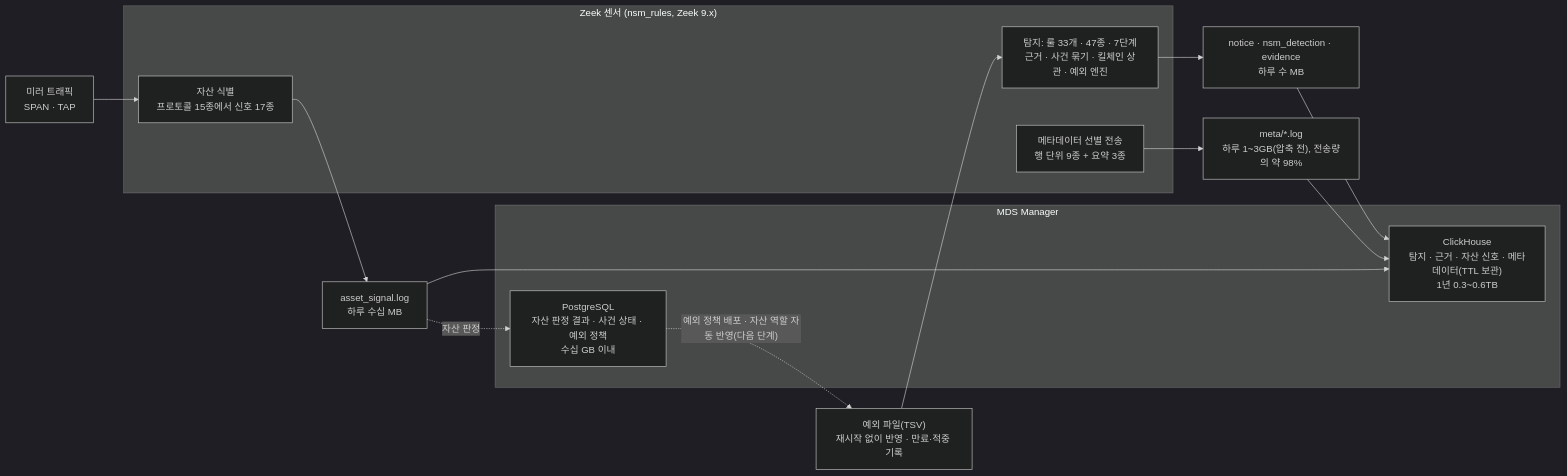
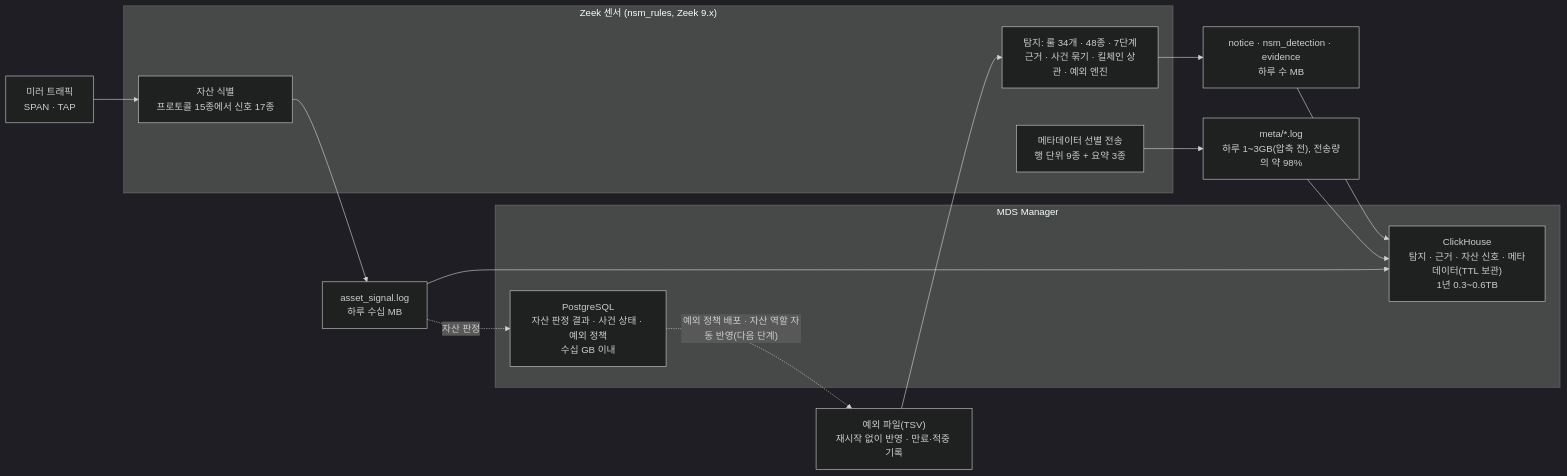
Before and after one commit to kwsjjang8901-ship-it/nsm: the diagram in docs/POC_RESULT.md, drawn with Mermaid (dark theme). The commit also changed other lines of this file and 17 other files, not shown here.

````diff
--- a/docs/POC_RESULT.md
+++ b/docs/POC_RESULT.md
@@ -23,22 +23,22 @@
 ```mermaid
 flowchart LR
     X["예외 파일(TSV)<br/>재시작 없이 반영 · 만료·적중 기록"] --> D
     T["미러 트래픽<br/>SPAN · TAP"] --> A
     subgraph S["Zeek 센서 (nsm_rules, Zeek 9.x)"]
-        D["탐지: 룰 33개 · 47종 · 7단계<br/>근거 · 사건 묶기 · 킬체인 상관 · 예외 엔진"]
+        D["탐지: 룰 34개 · 48종 · 7단계<br/>근거 · 사건 묶기 · 킬체인 상관 · 예외 엔진"]
         A["자산 식별<br/>프로토콜 15종에서 신호 17종"]
         M["메타데이터 선별 전송<br/>행 단위 9종 + 요약 3종"]
     end
     D --> LD["notice · nsm_detection · evidence<br/>하루 수 MB"]
     A --> LA["asset_signal.log<br/>하루 수십 MB"]
     M --> LM["meta/*.log<br/>하루 1~3GB(압축 전), 전송량의 약 98%"]
     subgraph MGR["MDS Manager"]
         PG["PostgreSQL<br/>자산 판정 결과 · 사건 상태 · 예외 정책<br/>수십 GB 이내"]
         CH["ClickHouse<br/>탐지 · 근거 · 자산 신호 · 메타데이터(TTL 보관)<br/>1년 0.3~0.6TB"]
     end
     LD --> CH
     LA --> CH
     LM --> CH
     LA -.->|"자산 판정"| PG
     PG -.->|"예외 정책 배포 · 자산 역할 자동 반영(다음 단계)"| X
 ```
````
